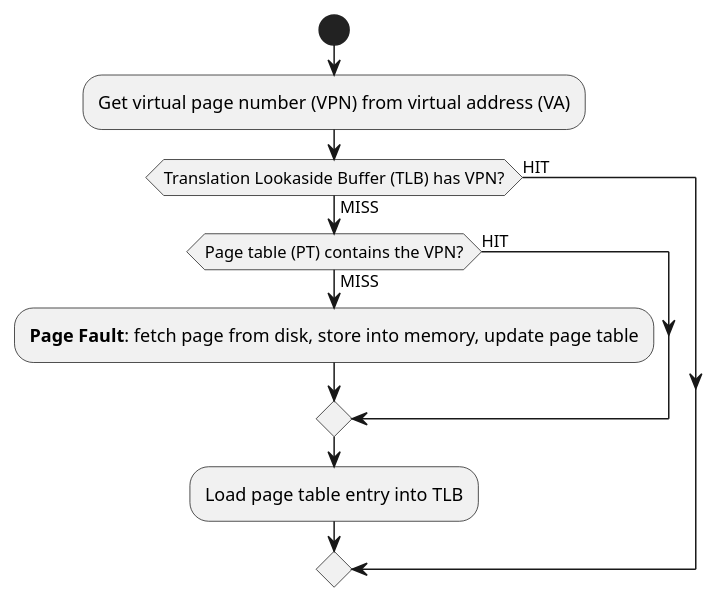
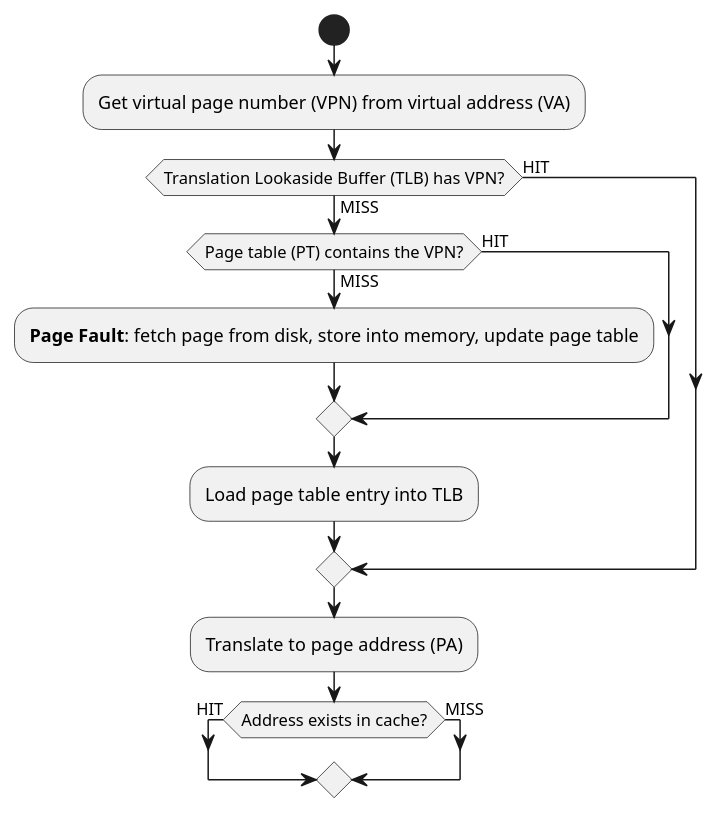
The second of 2 diagrams in Computer-Science/Translation lookaside buffer.md (ashwinreddy/wiki), drawn with PlantUML before and after one commit.

Commit message:
Updated Translation lookaside buffer.md (markdown)

```diff
--- a/Computer-Science/Translation lookaside buffer.md
+++ b/Computer-Science/Translation lookaside buffer.md
@@ -24,13 +24,17 @@
 @startuml
 !pragma useVerticalIf on
 start
 :Get virtual page number (VPN) from virtual address (VA);
 if (Translation Lookaside Buffer (TLB) has VPN?) then (HIT)
 else (MISS)
     if (Page table (PT) contains the VPN?) then (HIT)
     else (MISS)
     :**Page Fault**: fetch page from disk, store into memory, update page table;
     endif
     :Load page table entry into TLB;
 endif
+:Translate to page address (PA);
+if (Address exists in cache?) then (HIT)
+else (MISS)
+endif
 @enduml
```
